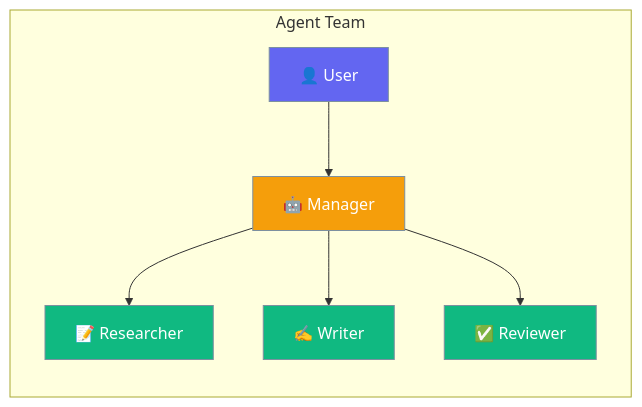
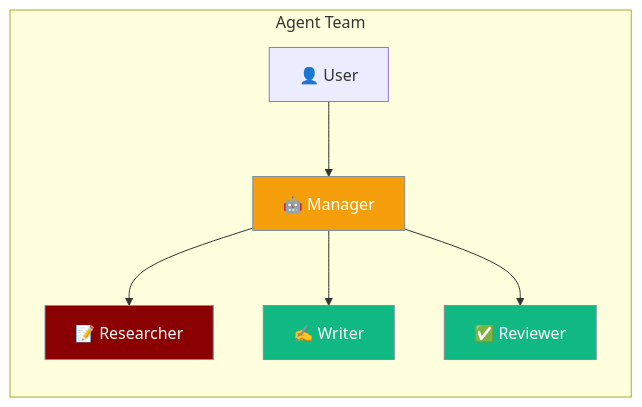
The first of 2 diagrams in docs/js/teams.mdx (MervinPraison/PraisonAIDocs), drawn with Mermaid before and after one commit. The commit also changed 18 other files, not shown here.

````diff
--- a/docs/js/teams.mdx
+++ b/docs/js/teams.mdx
@@ -10,17 +10,22 @@
 ```mermaid
 graph LR
     subgraph "Agent Team"
         A[👤 User] --> B[🤖 Manager]
         B --> C[📝 Researcher]
         B --> D[✍️ Writer]
         B --> E[✅ Reviewer]
     end
     
-    classDef user fill:#6366F1,stroke:#7C90A0,color:#fff
     classDef manager fill:#F59E0B,stroke:#7C90A0,color:#fff
     classDef worker fill:#10B981,stroke:#7C90A0,color:#fff
     
     class A user
     class B manager
     class C,D,E worker
+
+    classDef agent fill:#8B0000,stroke:#7C90A0,color:#fff
+    classDef tool fill:#189AB4,stroke:#7C90A0,color:#fff
+
+    class C agent
+    class A,B user
 ```
````
